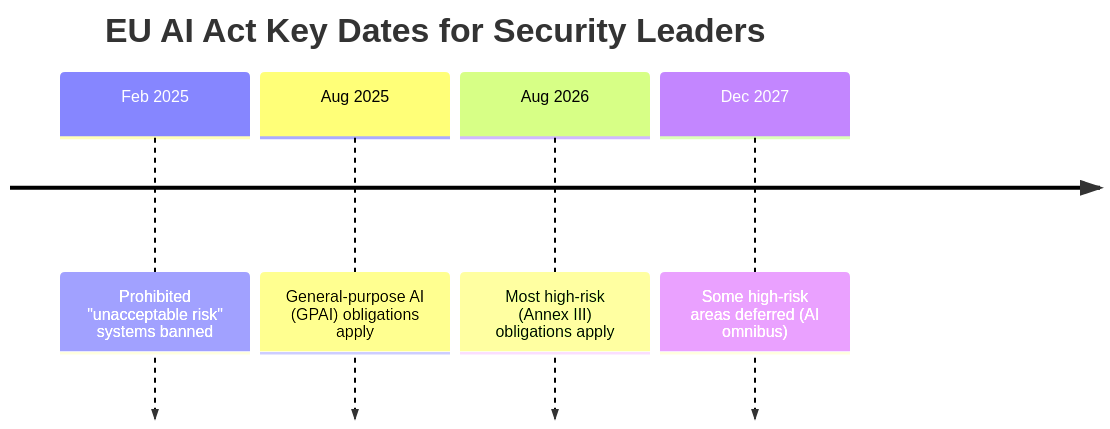
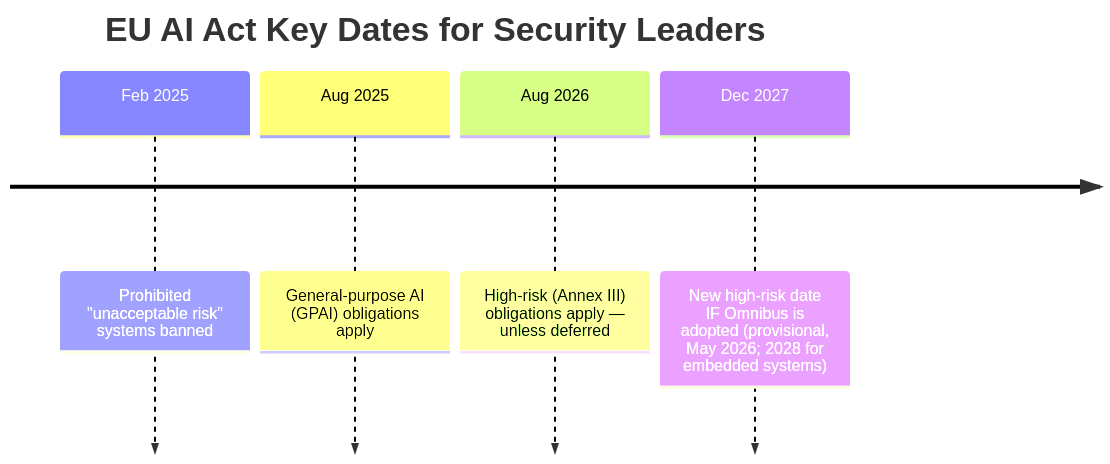
The fourth of 4 diagrams in docs/guides/ai-for-security-leaders.md (depalmar/ai_for_the_win), drawn with Mermaid before and after one commit. The commit also changed other lines of this file, not shown here.

````diff
--- a/docs/guides/ai-for-security-leaders.md
+++ b/docs/guides/ai-for-security-leaders.md
@@ -325,8 +327,8 @@
 ```mermaid
 timeline
     title EU AI Act Key Dates for Security Leaders
     Feb 2025 : Prohibited "unacceptable risk" systems banned
     Aug 2025 : General-purpose AI (GPAI) obligations apply
-    Aug 2026 : Most high-risk (Annex III) obligations apply
-    Dec 2027 : Some high-risk areas deferred (AI omnibus)
+    Aug 2026 : High-risk (Annex III) obligations apply — unless deferred
+    Dec 2027 : New high-risk date IF Omnibus is adopted (provisional, May 2026; 2028 for embedded systems)
 ```
````
